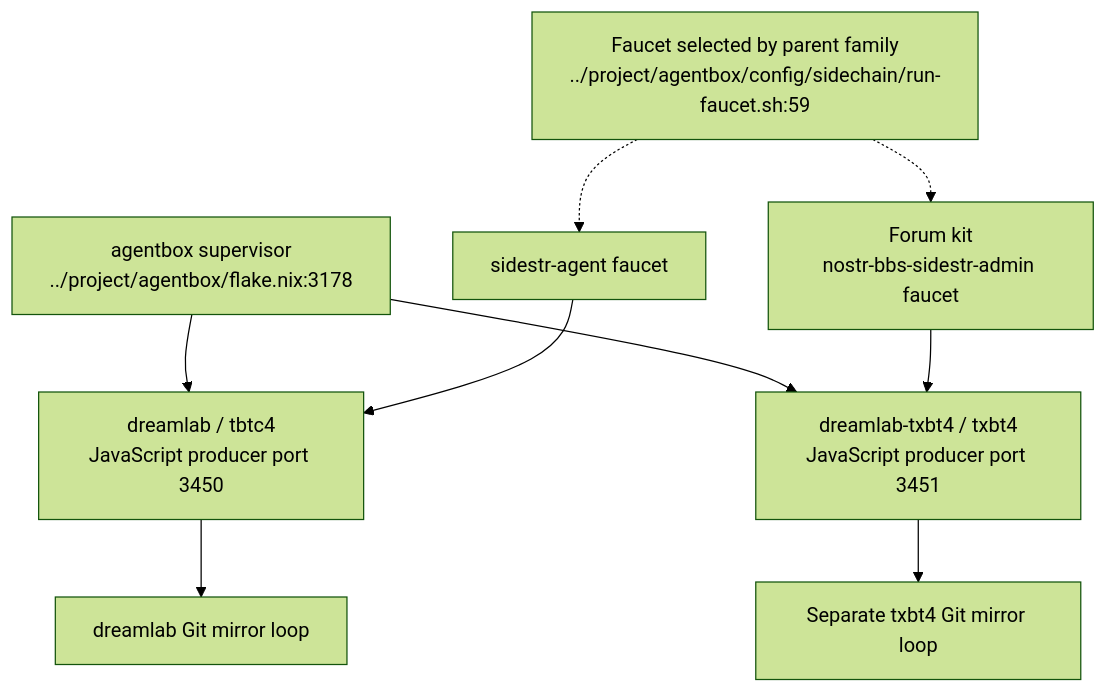
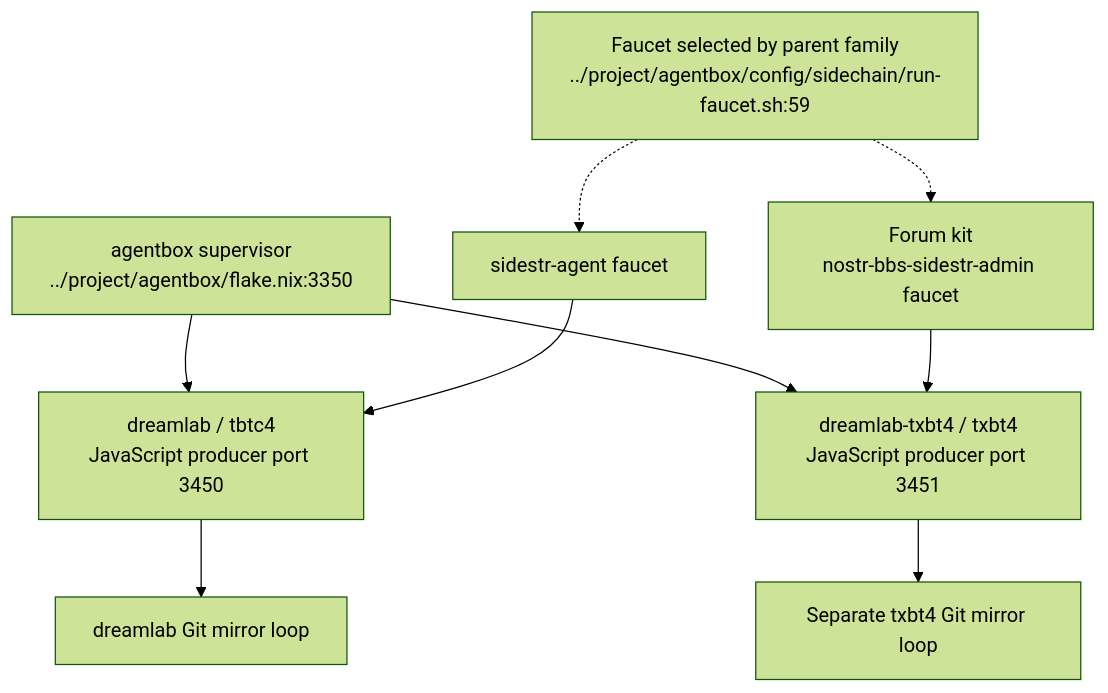
The fourth of 4 diagrams in docs/diagrams/sidestr-rs/01-workspace-oracles-and-live-boundary.md (DreamLab-AI/VisionFlow), drawn with Mermaid (forest theme) before and after one commit. The commit also changed other lines of this file and 14 other files, not shown here.

Commit message:
docs: align settlement, daemon and dated health diagrams

````diff
--- a/docs/diagrams/sidestr-rs/01-workspace-oracles-and-live-boundary.md
+++ b/docs/diagrams/sidestr-rs/01-workspace-oracles-and-live-boundary.md
@@ -133,12 +133,12 @@
 ```mermaid
 flowchart TB
-    AB["agentbox supervisor<br/>../project/agentbox/flake.nix:3178"]
+    AB["agentbox supervisor<br/>../project/agentbox/flake.nix:3350"]
     AB --> P1["dreamlab / tbtc4<br/>JavaScript producer port 3450"]
     AB --> P2["dreamlab-txbt4 / txbt4<br/>JavaScript producer port 3451"]
     F1["sidestr-agent faucet"] --> P1
     F2["Forum kit<br/>nostr-bbs-sidestr-admin faucet"] --> P2
     P1 --> M1["dreamlab Git mirror loop"]
     P2 --> M2["Separate txbt4 Git mirror loop"]
     ROUTE["Faucet selected by parent family<br/>../project/agentbox/config/sidechain/run-faucet.sh:59"] -.-> F1
     ROUTE -.-> F2
 ```
````
